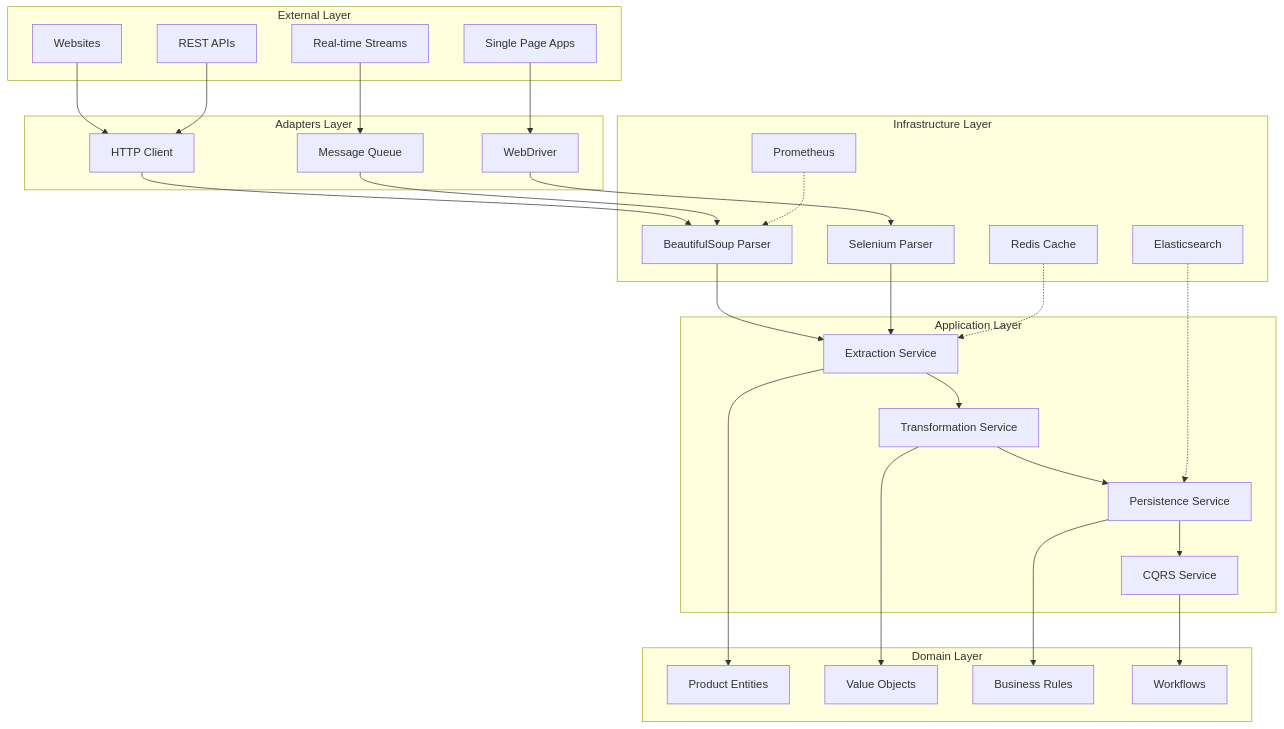
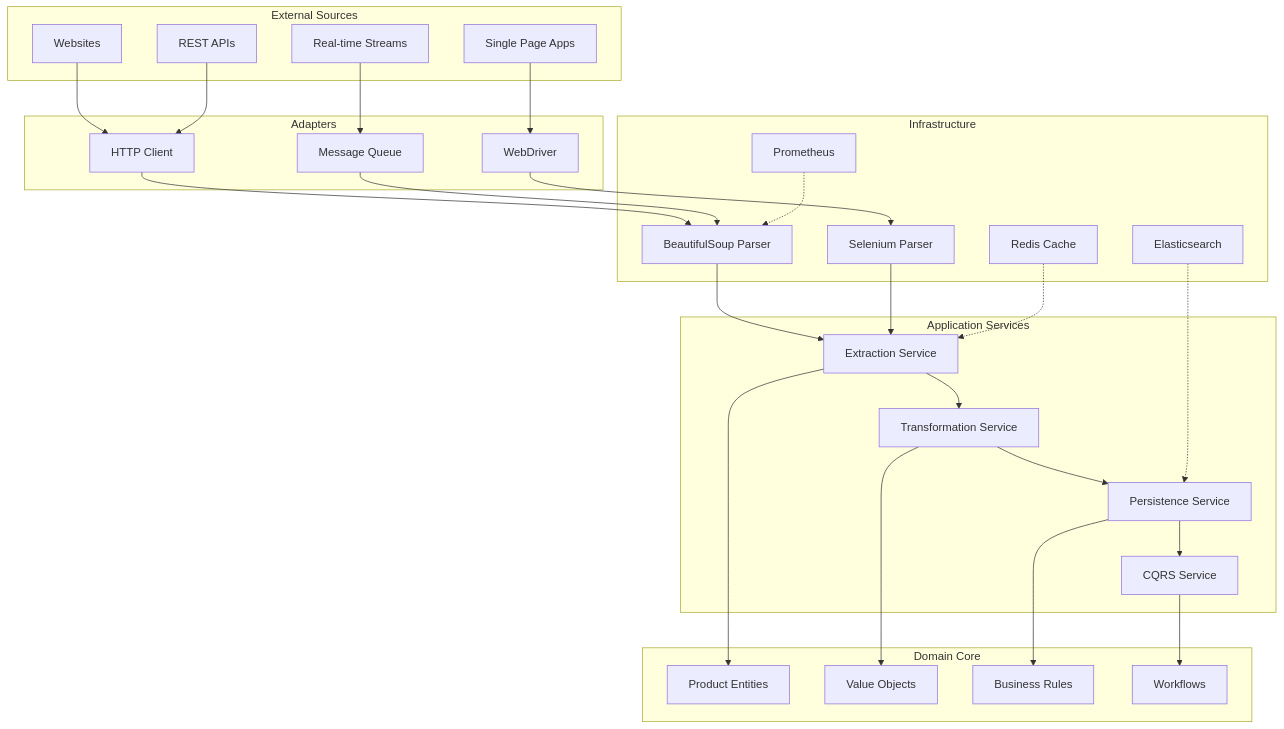
Before and after one commit to TensorScholar/data-acquisition-framework: the diagram in README.md, drawn with Mermaid.

Commit message:
docs: Fix architecture diagram rendering issues
- Simplified subgraph labels for better Mermaid compatibility
- Removed problematic characters that were causing rendering issues
- Cleaned up diagram structure for proper display
- Fixed component naming consistency

````diff
--- a/README.md
+++ b/README.md
@@ -16,62 +16,62 @@
 ```mermaid
 graph TB
-    subgraph "External Layer"
+    subgraph "External Sources"
         A[Websites]
         B[REST APIs]
         C[Single Page Apps]
         D[Real-time Streams]
     end
     
-    subgraph "Adapters Layer"
+    subgraph "Adapters"
         E[HTTP Client]
         F[WebDriver]
         G[Message Queue]
     end
     
-    subgraph "Infrastructure Layer"
+    subgraph "Infrastructure"
         H[BeautifulSoup Parser]
         I[Selenium Parser]
         J[Redis Cache]
         K[Elasticsearch]
         L[Prometheus]
     end
     
-    subgraph "Application Layer"
+    subgraph "Application Services"
         M[Extraction Service]
         N[Transformation Service]
         O[Persistence Service]
         P[CQRS Service]
     end
     
-    subgraph "Domain Layer"
+    subgraph "Domain Core"
         Q[Product Entities]
         R[Value Objects]
         S[Business Rules]
         T[Workflows]
     end
     
     A --> E
     B --> E
     C --> F
     D --> G
     
     E --> H
     F --> I
     G --> H
     
     H --> M
     I --> M
     
     M --> N
     N --> O
     O --> P
     
     M --> Q
     N --> R
     O --> S
     P --> T
     
     J -.-> M
     K -.-> O
     L -.-> H
 ```
````
